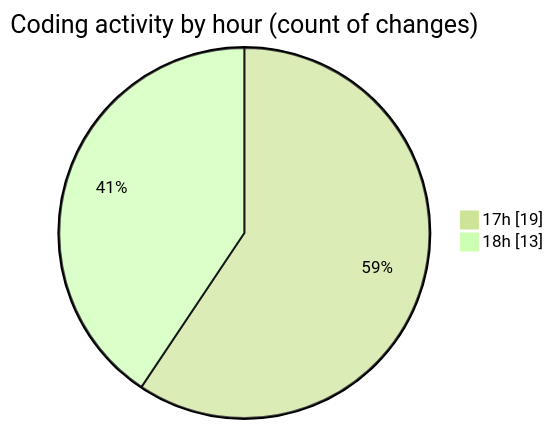
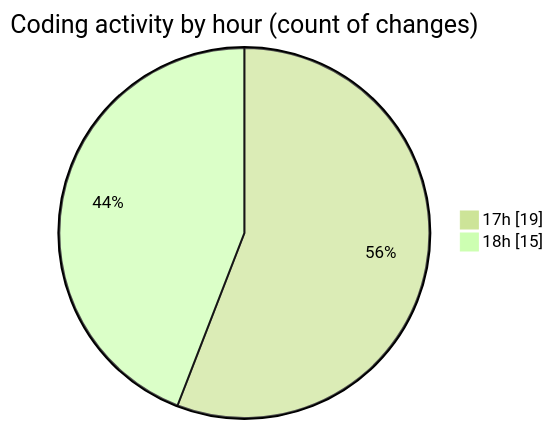
The second of 2 diagrams in 2025-06-03/realtimechat/README.md (Ritupan-Deka/code-tracking), drawn with Mermaid (forest theme) before and after one commit. The commit also changed other lines of this file and 1 other file, not shown here.

````diff
--- a/2025-06-03/realtimechat/README.md
+++ b/2025-06-03/realtimechat/README.md
@@ -37,6 +37,6 @@
 ```mermaid
 pie showData
 title Coding activity by hour (count of changes)
 "17h" : 19
-"18h" : 13
+"18h" : 15
 ```
````
